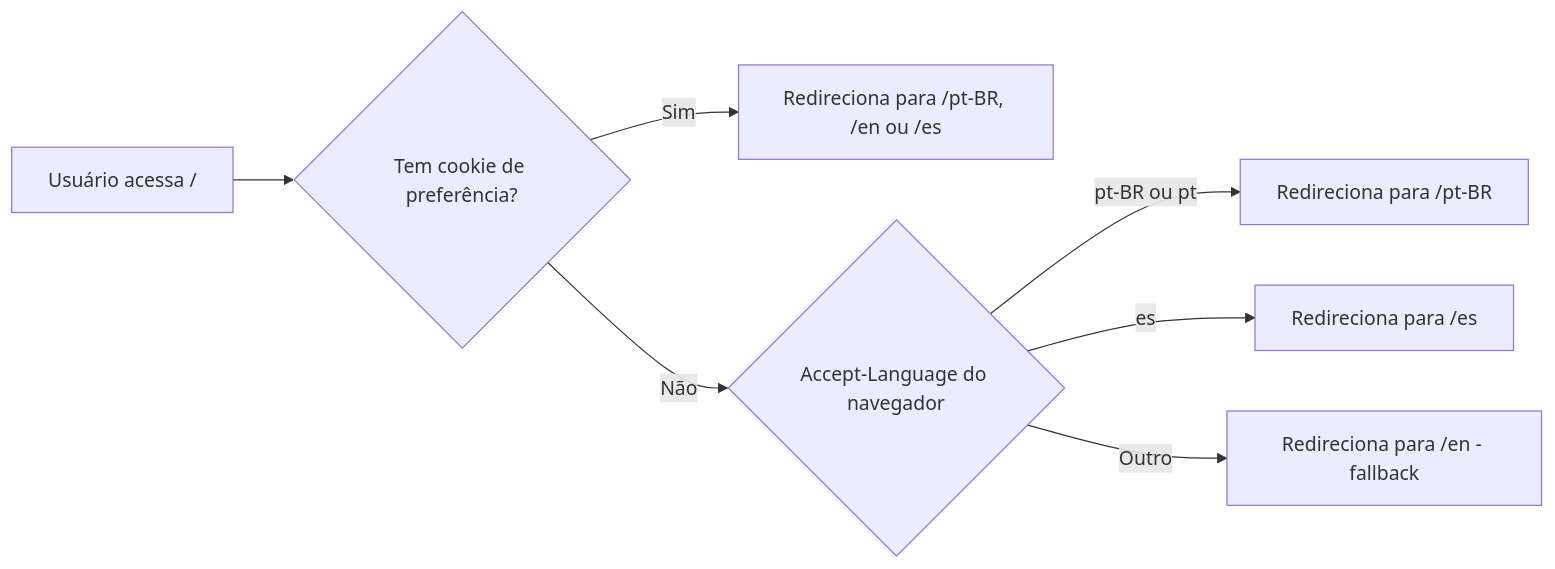
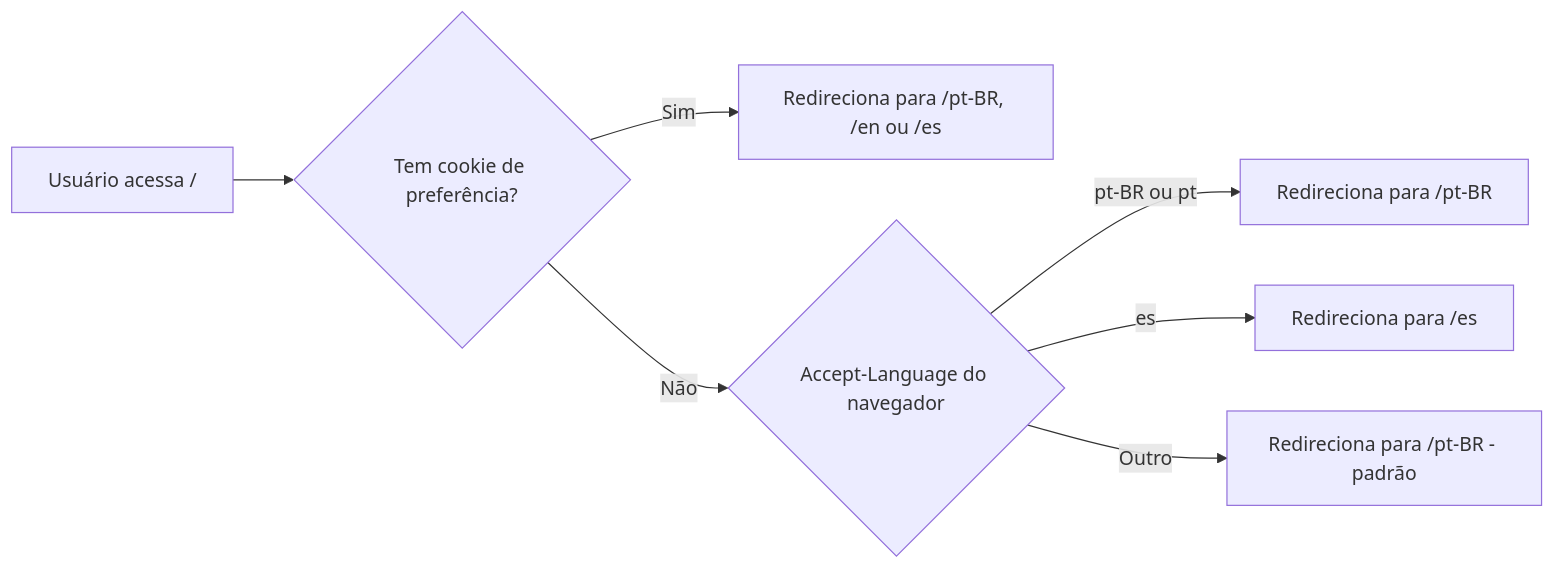
Before and after one commit to lucaskranz/TheRealBest: the fourth of 4 diagrams in docs/architecture_plan.md, drawn with Mermaid. The commit also changed 5 other files, not shown here.

````diff
--- a/docs/architecture_plan.md
+++ b/docs/architecture_plan.md
@@ -589,9 +589,9 @@
 ```mermaid
 flowchart LR
     A[Usuário acessa /] --> B{Tem cookie de preferência?}
     B -->|Sim| C[Redireciona para /pt-BR, /en ou /es]
     B -->|Não| D{Accept-Language do navegador}
     D -->|pt-BR ou pt| E[Redireciona para /pt-BR]
     D -->|es| F[Redireciona para /es]
-    D -->|Outro| G[Redireciona para /en - fallback]
+    D -->|Outro| G[Redireciona para /pt-BR - padrão]
 ```
````
